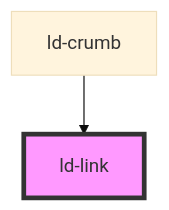
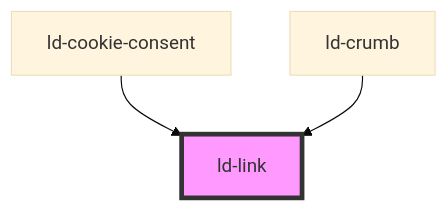
Before and after one commit to emdgroup-liquid/liquid: the diagram in src/liquid/components/ld-link/readme.md, drawn with Mermaid (base theme). The commit also changed other lines of this file and 41 other files, not shown here.

Commit message:
feat(ld-cookie-consent): component which helps to comply with privacy regulations

````diff
--- a/src/liquid/components/ld-link/readme.md
+++ b/src/liquid/components/ld-link/readme.md
@@ -153,5 +154,6 @@
 ```mermaid
 graph TD;
+  ld-cookie-consent --> ld-link
   ld-crumb --> ld-link
   style ld-link fill:#f9f,stroke:#333,stroke-width:4px
 ```
````
